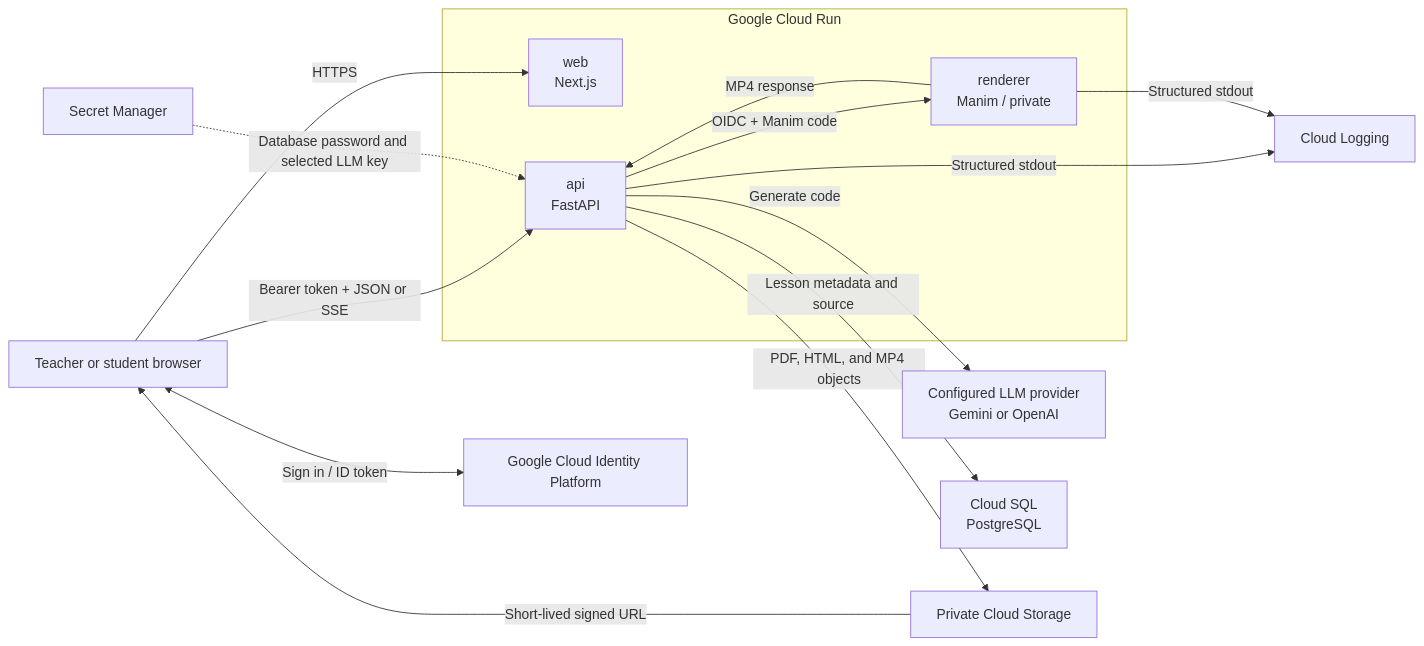
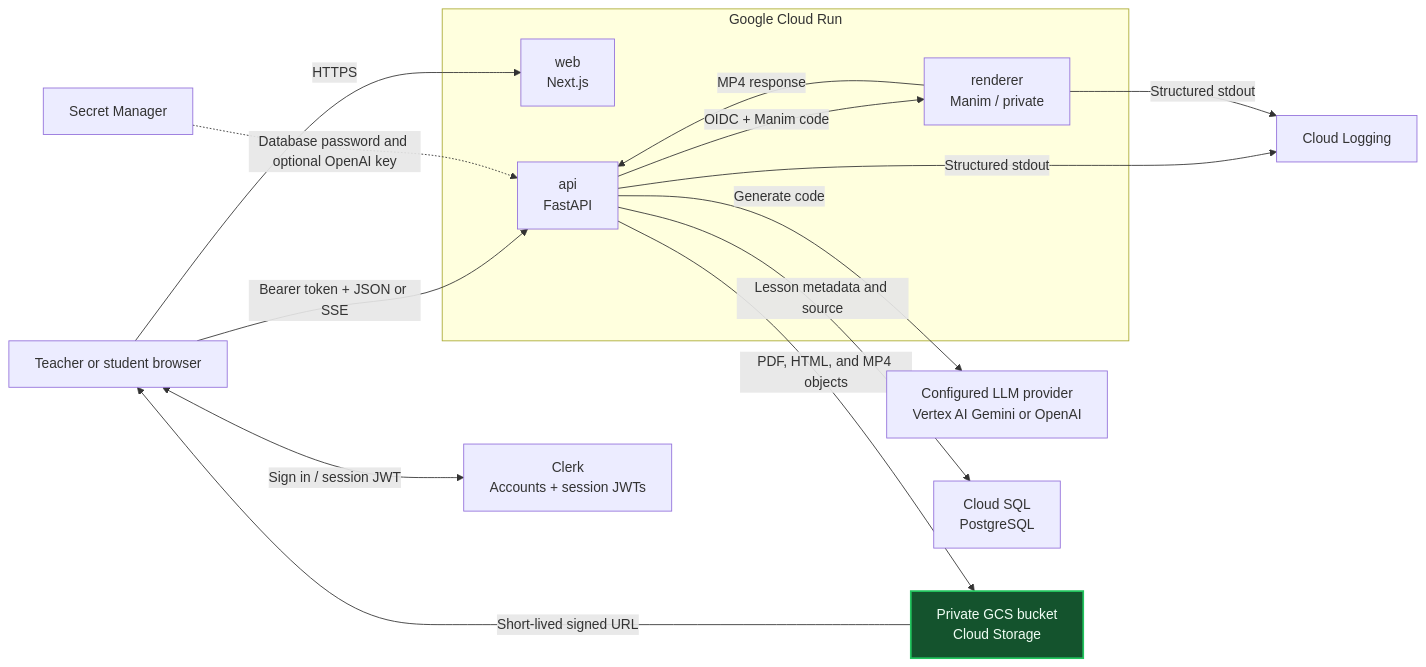
The diagram in README.md (avarzhou-ctrl/Chalksmith.ai), drawn with Mermaid before and after one commit. The commit also changed other lines of this file and 44 other files, not shown here.

First line of the commit message:
refactor(auth,llm): migrate to Clerk auth and Vertex AI

````diff
--- a/README.md
+++ b/README.md
@@ -103,30 +102,33 @@
 ```mermaid
 flowchart LR
     Browser["Teacher or student browser"]
-    Identity["Google Cloud Identity Platform"]
-    LLM["Configured LLM provider<br/>Gemini or OpenAI"]
+    Clerk["Clerk<br/>Accounts + session JWTs"]
+    LLM["Configured LLM provider<br/>Vertex AI Gemini or OpenAI"]
 
     subgraph CloudRun["Google Cloud Run"]
         Web["web<br/>Next.js"]
         API["api<br/>FastAPI"]
         Renderer["renderer<br/>Manim / private"]
     end
 
     SQL["Cloud SQL<br/>PostgreSQL"]
-    GCS["Private Cloud Storage"]
+    GCS["Private GCS bucket<br/>Cloud Storage"]
     Secrets["Secret Manager"]
     Logs["Cloud Logging"]
 
     Browser -->|"HTTPS"| Web
-    Browser <-->|"Sign in / ID token"| Identity
+    Browser <-->|"Sign in / session JWT"| Clerk
     Browser -->|"Bearer token + JSON or SSE"| API
     API -->|"Generate code"| LLM
     API -->|"Lesson metadata and source"| SQL
     API -->|"PDF, HTML, and MP4 objects"| GCS
     API -->|"OIDC + Manim code"| Renderer
     Renderer -->|"MP4 response"| API
-    Secrets -.->|"Database password and selected LLM key"| API
+    Secrets -.->|"Database password and optional OpenAI key"| API
     API -->|"Structured stdout"| Logs
     Renderer -->|"Structured stdout"| Logs
     GCS -->|"Short-lived signed URL"| Browser
+
+    classDef managedData fill:#14532d,stroke:#22c55e,color:#f0fdf4,stroke-width:2px;
+    class GCS managedData;
 ```
````
